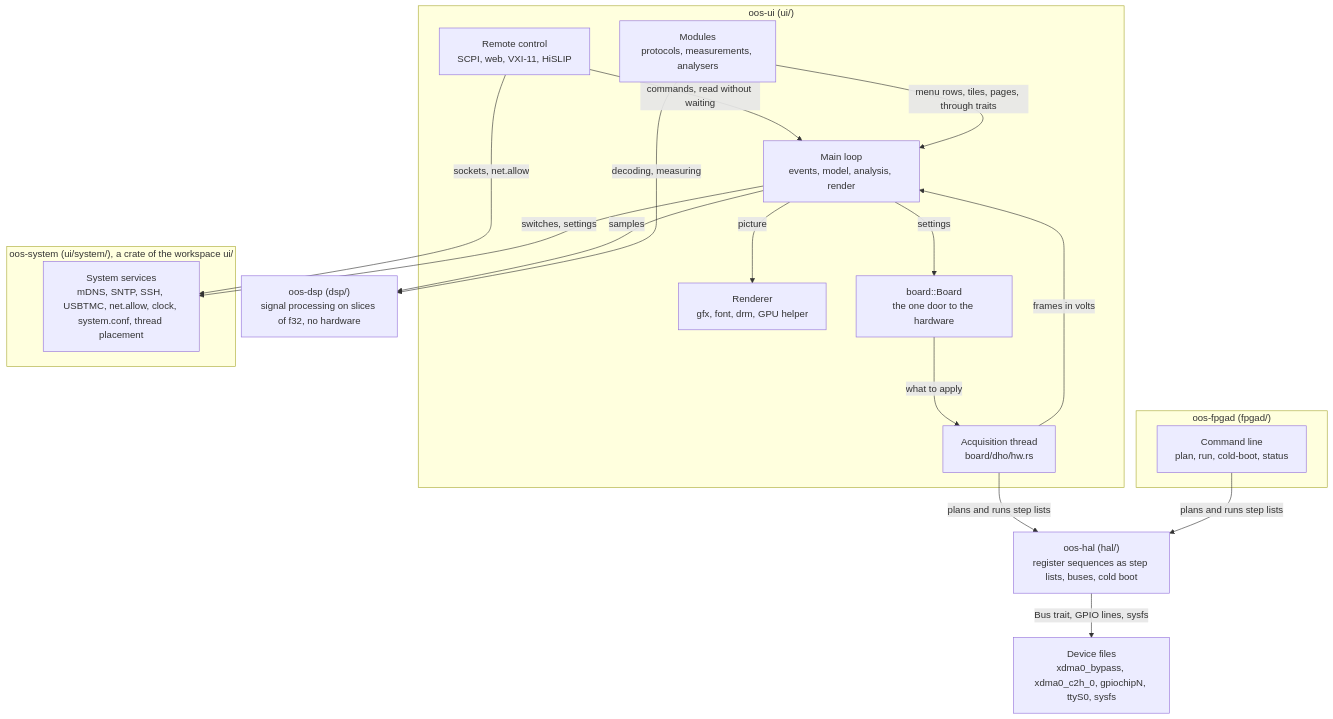
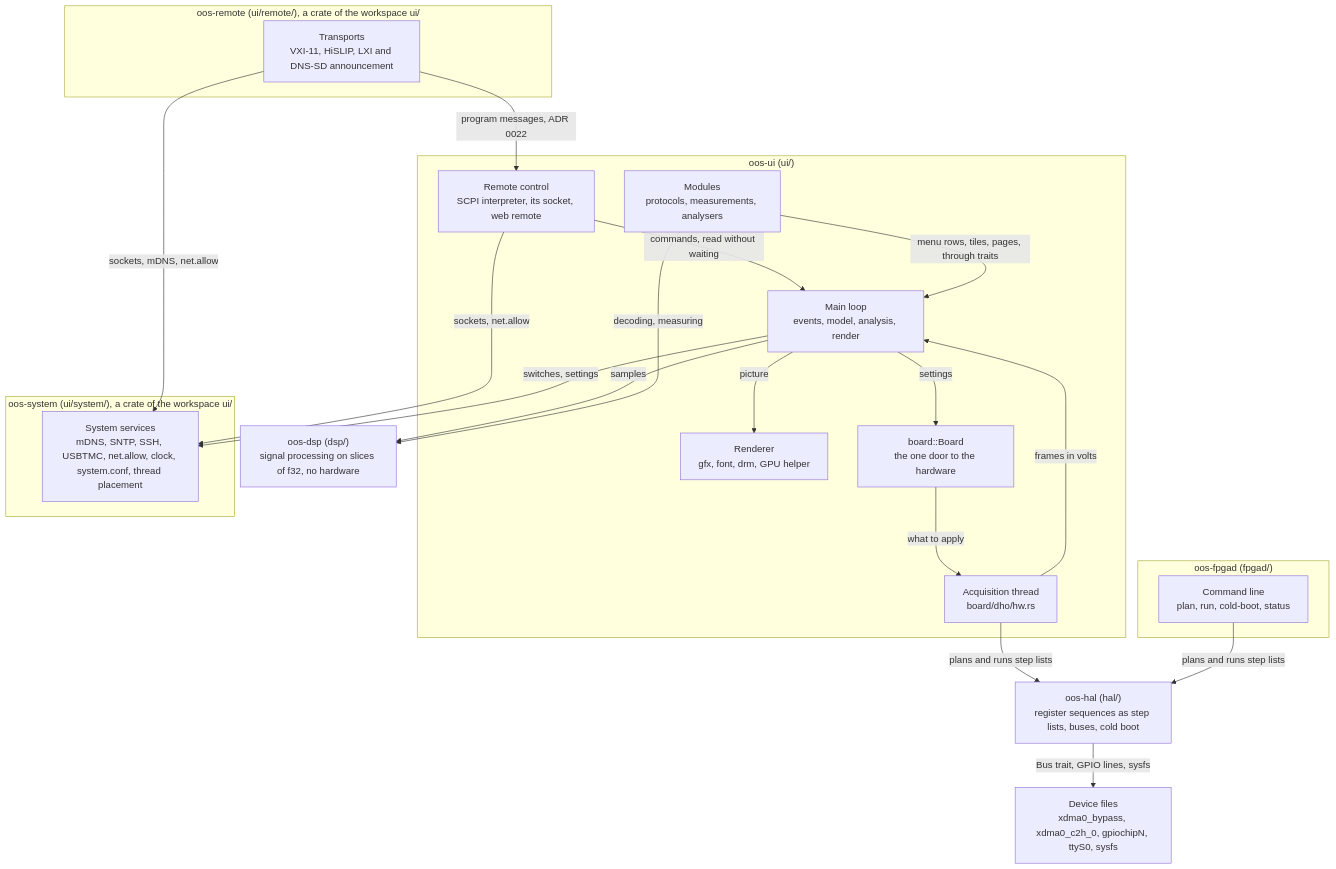
Before and after one commit to deckerjulian/oos: the third of 4 diagrams in docs/architecture.md, drawn with Mermaid. The commit also changed other lines of this file and 15 other files, not shown here.

First line of the commit message:
UI: VXI-11, HiSLIP and their announcement are the crate oos-remote (ADR 0064, step two) (#273)

````diff
--- a/docs/architecture.md
+++ b/docs/architecture.md
@@ -91,33 +91,38 @@
 ```mermaid
 flowchart TB
     subgraph uiP["oos-ui (ui/)"]
-        remote["Remote control<br/>SCPI, web, VXI-11, HiSLIP"]
+        remote["Remote control<br/>SCPI interpreter, its socket, web remote"]
         mainloop["Main loop<br/>events, model, analysis, render"]
         mods["Modules<br/>protocols, measurements, analysers"]
         draw["Renderer<br/>gfx, font, drm, GPU helper"]
         board["board::Board<br/>the one door to the hardware"]
         acq["Acquisition thread<br/>board/dho/hw.rs"]
+    end
+    subgraph remP["oos-remote (ui/remote/), a crate of the workspace ui/"]
+        transports["Transports<br/>VXI-11, HiSLIP, LXI and DNS-SD announcement"]
     end
     subgraph sysP["oos-system (ui/system/), a crate of the workspace ui/"]
         sys["System services<br/>mDNS, SNTP, SSH, USBTMC, net.allow, clock, system.conf, thread placement"]
     end
     subgraph fpgadP["oos-fpgad (fpgad/)"]
         cli["Command line<br/>plan, run, cold-boot, status"]
     end
     dsp["oos-dsp (dsp/)<br/>signal processing on slices of f32, no hardware"]
     hal["oos-hal (hal/)<br/>register sequences as step lists, buses, cold boot"]
     dev["Device files<br/>xdma0_bypass, xdma0_c2h_0, gpiochipN, ttyS0, sysfs"]
     remote -- "commands, read without waiting" --> mainloop
     remote -- "sockets, net.allow" --> sys
+    transports -- "program messages, ADR 0022" --> remote
+    transports -- "sockets, mDNS, net.allow" --> sys
     mainloop -- "switches, settings" --> sys
     mods -- "menu rows, tiles, pages, through traits" --> mainloop
     mainloop -- "picture" --> draw
     mainloop -- "settings" --> board
     board -- "what to apply" --> acq
     acq -- "frames in volts" --> mainloop
     mainloop -- "samples" --> dsp
     mods -- "decoding, measuring" --> dsp
     acq -- "plans and runs step lists" --> hal
     cli -- "plans and runs step lists" --> hal
     hal -- "Bus trait, GPIO lines, sysfs" --> dev
 ```
````
